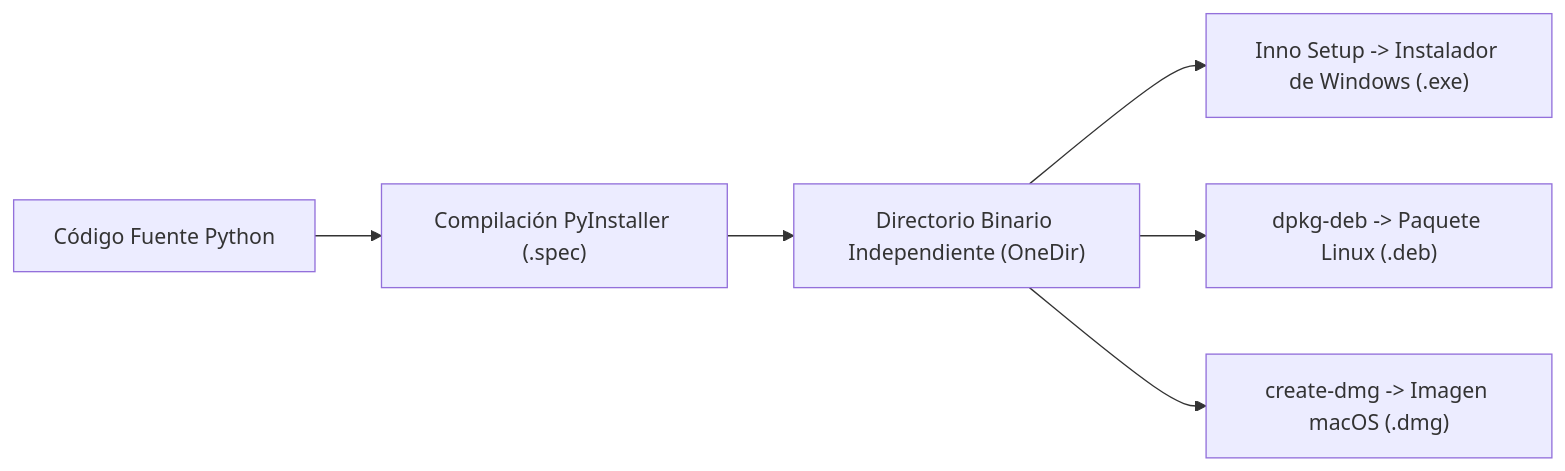
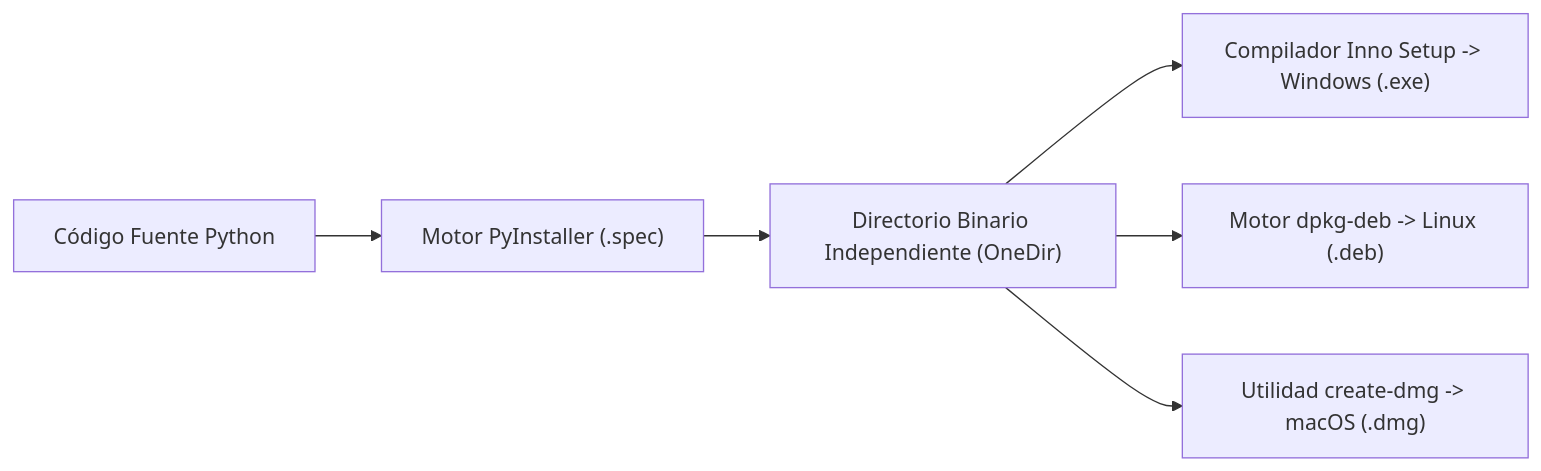
The third of 3 diagrams in Docs/README_es.md (Arean82/Tailscale-Headscale-Client), drawn with Mermaid before and after one commit. The commit also changed other lines of this file and 3 other files, not shown here.

````diff
--- a/Docs/README_es.md
+++ b/Docs/README_es.md
@@ -167,8 +176,8 @@
 ```mermaid
 graph LR
-    SRC["Código Fuente Python"] --> PYI["Compilación PyInstaller (.spec)"]
+    SRC["Código Fuente Python"] --> PYI["Motor PyInstaller (.spec)"]
     PYI --> DIR["Directorio Binario Independiente (OneDir)"]
-    DIR --> WIN["Inno Setup -> Instalador de Windows (.exe)"]
-    DIR --> DEB["dpkg-deb -> Paquete Linux (.deb)"]
-    DIR --> MAC["create-dmg -> Imagen macOS (.dmg)"]
+    DIR --> WIN["Compilador Inno Setup -> Windows (.exe)"]
+    DIR --> DEB["Motor dpkg-deb -> Linux (.deb)"]
+    DIR --> MAC["Utilidad create-dmg -> macOS (.dmg)"]
 ```
````
